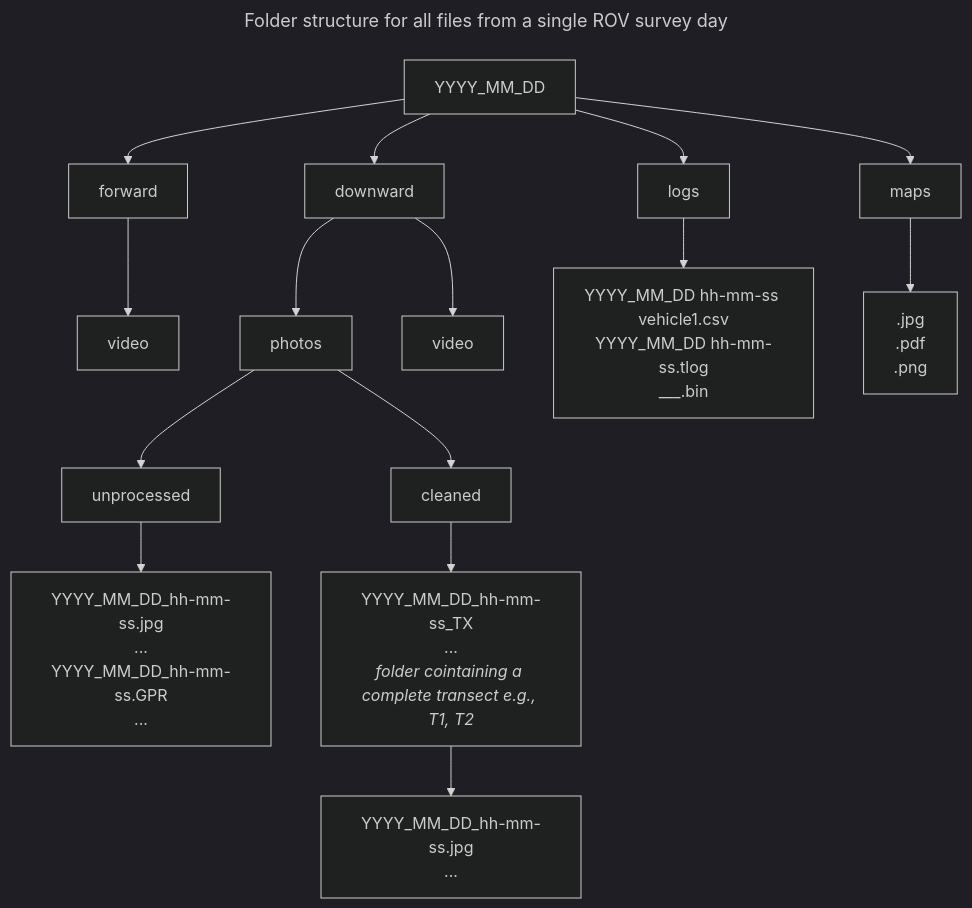
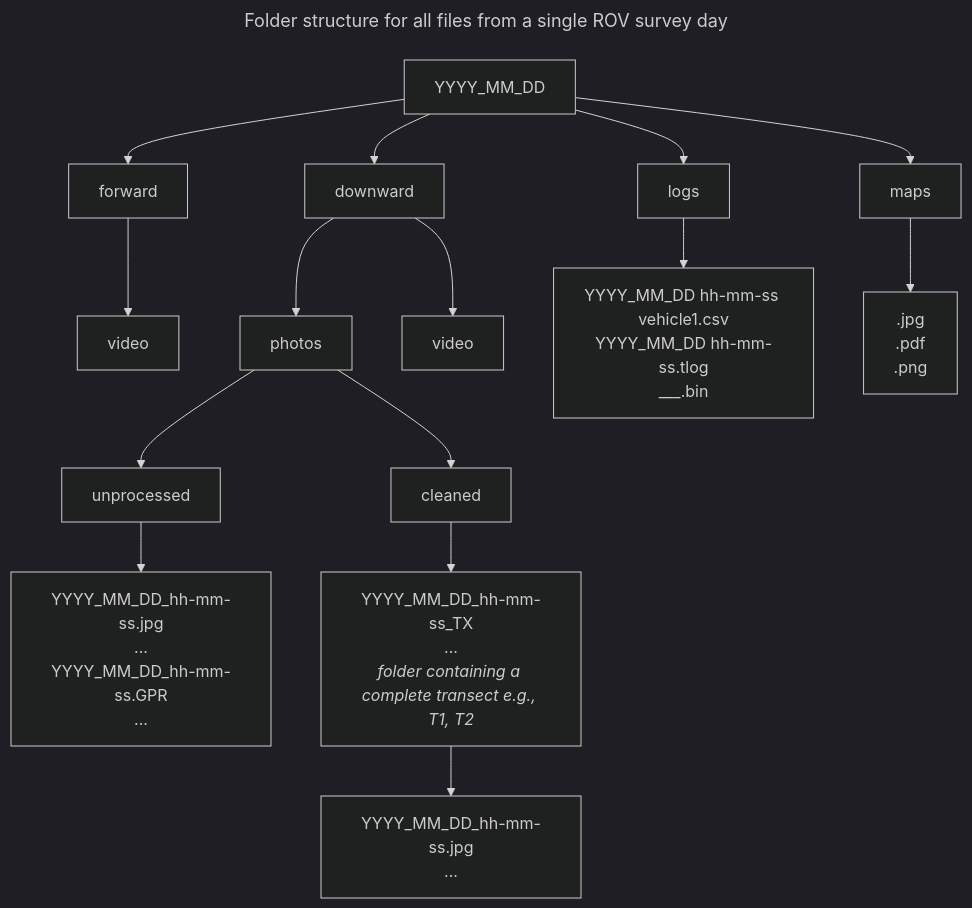
Before and after one commit to zhrandell/Seattle_Aquarium_CCR_development: the second of 3 diagrams in data-pipeline/pipeline-2.md, drawn with Mermaid (dark theme).

Commit message:
Update pipeline-2.md
fixed typo

````diff
--- a/data-pipeline/pipeline-2.md
+++ b/data-pipeline/pipeline-2.md
@@ -88,21 +88,21 @@
 ```mermaid
 ---
 title: Folder structure for all files from a single ROV survey day
 ---
 graph TD
     A[YYYY_MM_DD]
     A --> B[downward]
     A --> C[forward]
     C --> N[video]
     A --> D[logs]
     A --> E[maps]
     B --> F[photos]
     B --> H[video]
     F --> I[unprocessed]
     I --> M[YYYY_MM_DD_hh-mm-ss.jpg\n...\nYYYY_MM_DD_hh-mm-ss.GPR\n...]
     F --> J[cleaned]
-    J --> K[YYYY_MM_DD_hh-mm-ss_TX\n...\n<i>folder cointaining a complete transect e.g., T1, T2</i>]
+    J --> K[YYYY_MM_DD_hh-mm-ss_TX\n...\n<i>folder containing a complete transect e.g., T1, T2</i>]
     K --> L[YYYY_MM_DD_hh-mm-ss.jpg\n...]
     D --> O[YYYY_MM_DD hh-mm-ss vehicle1.csv\nYYYY_MM_DD hh-mm-ss.tlog\n___.bin]
     E --> P[.jpg\n.pdf\n.png]
 ```
````
